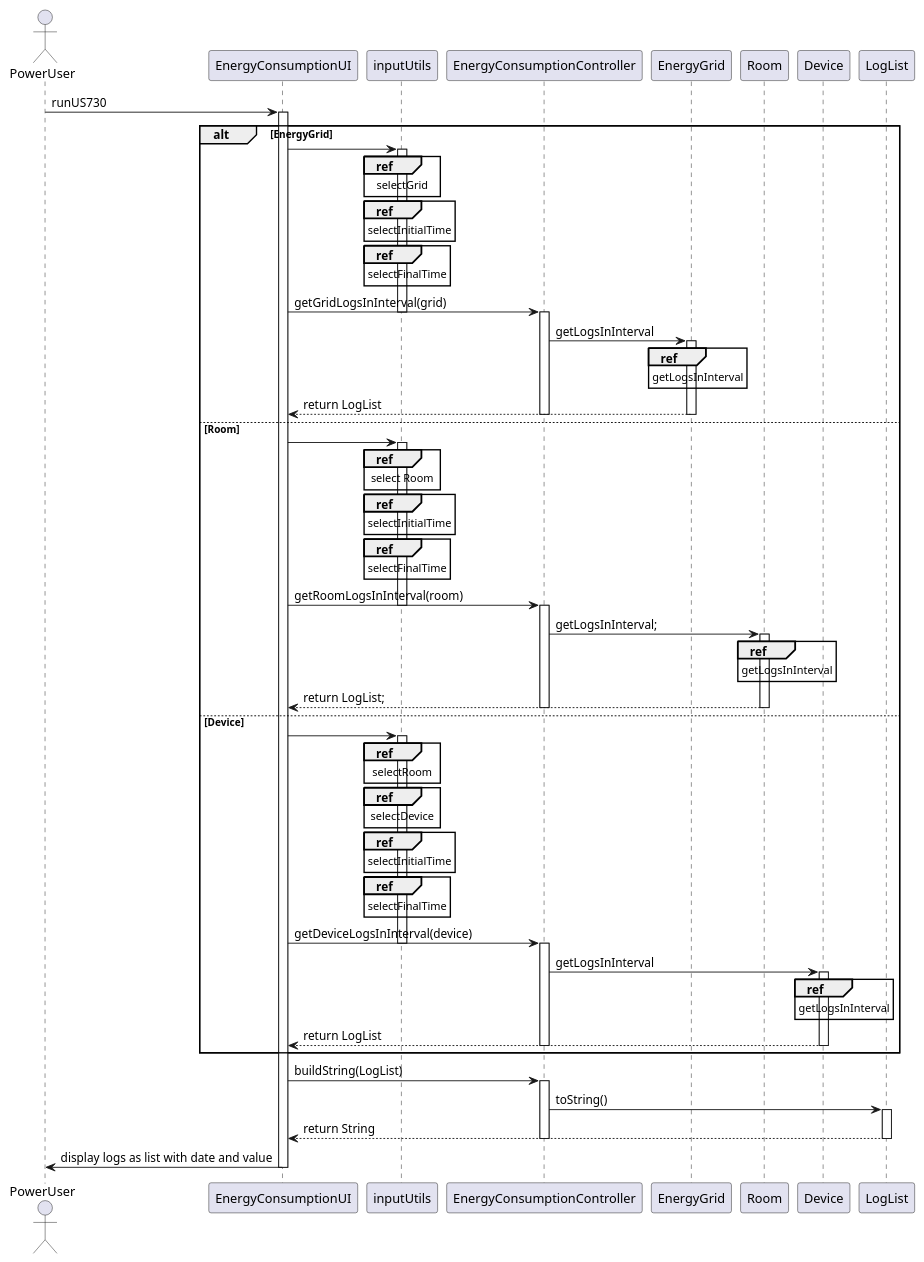
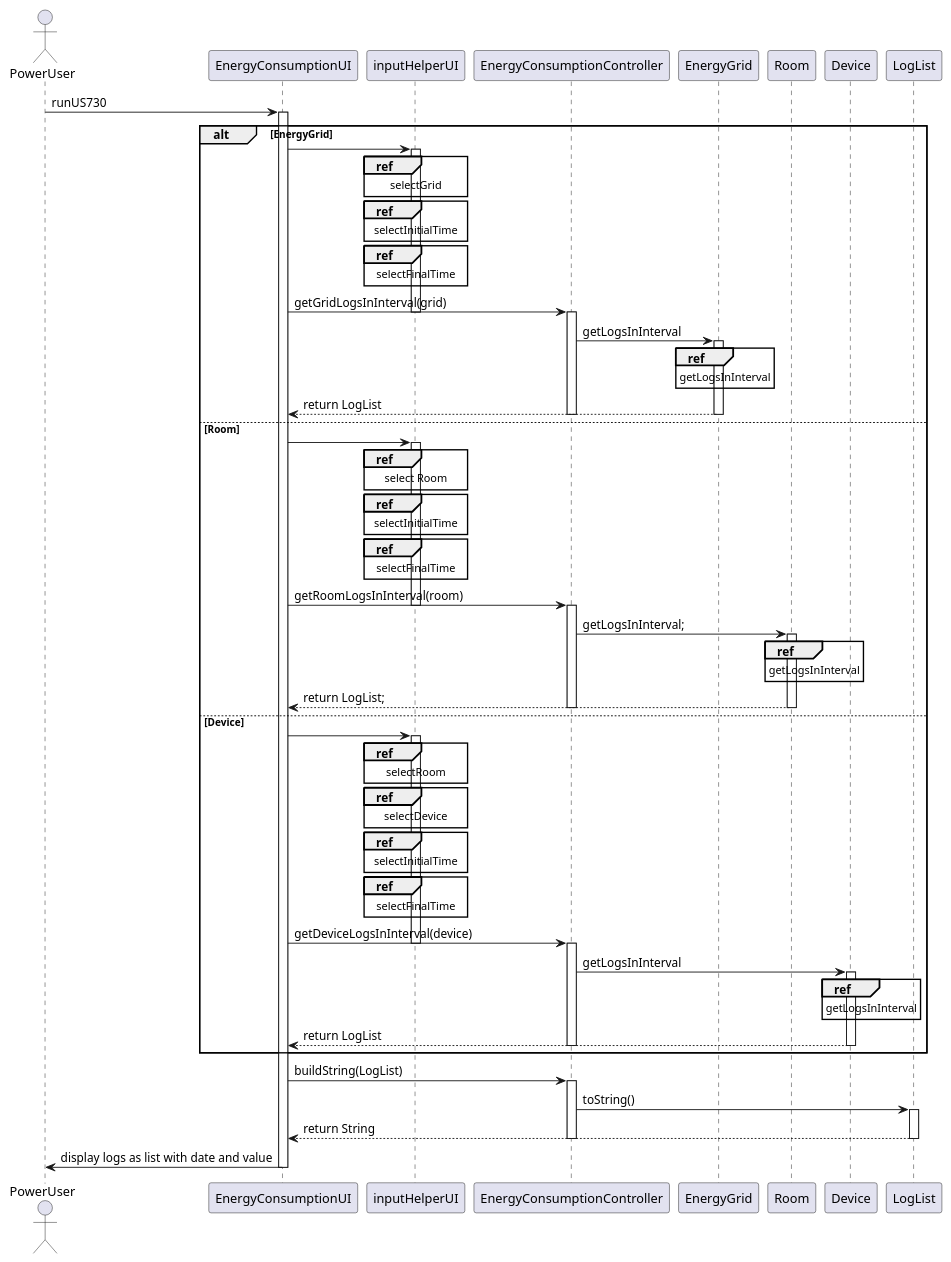
The diagram in src/doc/Controllers/EnergyConsumption/US730/US730_sd_EnergyConsumption.puml (Almadanmp/project), drawn with PlantUML before and after one commit. The commit also changed 14 other files, not shown here.

```diff
--- a/src/doc/Controllers/EnergyConsumption/US730/US730_sd_EnergyConsumption.puml
+++ b/src/doc/Controllers/EnergyConsumption/US730/US730_sd_EnergyConsumption.puml
@@ -1,88 +1,88 @@
 @startuml
 
 actor PowerUser
 PowerUser -> EnergyConsumptionUI: runUS730
 alt EnergyGrid
 activate EnergyConsumptionUI
-EnergyConsumptionUI -> inputUtils
-ref over inputUtils
+EnergyConsumptionUI -> inputHelperUI
+ref over inputHelperUI
 selectGrid
 end ref
-activate inputUtils
-ref over inputUtils
+activate inputHelperUI
+ref over inputHelperUI
 selectInitialTime
 end ref
-ref over inputUtils
+ref over inputHelperUI
 selectFinalTime
 end ref
 EnergyConsumptionUI -> EnergyConsumptionController: getGridLogsInInterval(grid)
-deactivate inputUtils
+deactivate inputHelperUI
 activate EnergyConsumptionController
 EnergyConsumptionController -> EnergyGrid: getLogsInInterval
 activate EnergyGrid
 ref over EnergyGrid
 getLogsInInterval
 end ref
 EnergyGrid --> EnergyConsumptionUI: return LogList
 deactivate EnergyGrid
 deactivate EnergyConsumptionController
 else Room
-EnergyConsumptionUI -> inputUtils
-activate inputUtils
-ref over inputUtils
+EnergyConsumptionUI -> inputHelperUI
+activate inputHelperUI
+ref over inputHelperUI
 select Room
 end ref
-ref over inputUtils
+ref over inputHelperUI
 selectInitialTime
 end ref
-ref over inputUtils
+ref over inputHelperUI
 selectFinalTime
 end ref
 EnergyConsumptionUI -> EnergyConsumptionController: getRoomLogsInInterval(room)
-deactivate inputUtils
+deactivate inputHelperUI
 activate EnergyConsumptionController
 EnergyConsumptionController -> Room: getLogsInInterval;
 activate Room
 ref over Room
 getLogsInInterval
 end ref
 Room --> EnergyConsumptionUI: return LogList;
 deactivate EnergyConsumptionController
 deactivate Room
 else Device
-EnergyConsumptionUI -> inputUtils
-activate inputUtils
-ref over inputUtils
+EnergyConsumptionUI -> inputHelperUI
+activate inputHelperUI
+ref over inputHelperUI
 selectRoom
 end ref
-ref over inputUtils
+ref over inputHelperUI
 selectDevice
 end ref
-ref over inputUtils
+ref over inputHelperUI
 selectInitialTime
 end ref
-ref over inputUtils
+ref over inputHelperUI
 selectFinalTime
 end ref
 EnergyConsumptionUI -> EnergyConsumptionController: getDeviceLogsInInterval(device)
-deactivate inputUtils
+deactivate inputHelperUI
 activate EnergyConsumptionController
 EnergyConsumptionController -> Device: getLogsInInterval
 activate Device
 ref over Device
 getLogsInInterval
 end ref
 Device --> EnergyConsumptionUI: return LogList
 deactivate Device
 deactivate EnergyConsumptionController
 end
 EnergyConsumptionUI -> EnergyConsumptionController: buildString(LogList)
 activate EnergyConsumptionController
 EnergyConsumptionController -> LogList: toString()
 activate LogList
 LogList --> EnergyConsumptionUI: return String
 deactivate LogList
 deactivate EnergyConsumptionController
 EnergyConsumptionUI -> PowerUser: display logs as list with date and value
 deactivate EnergyConsumptionUI
 @enduml
```
